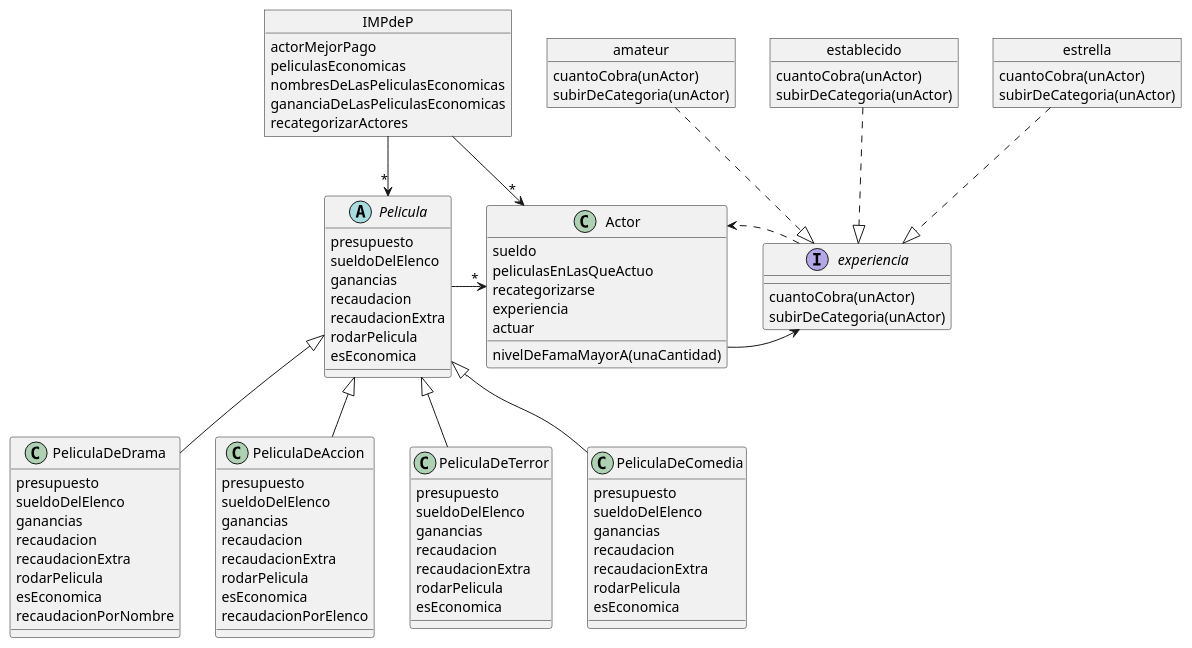
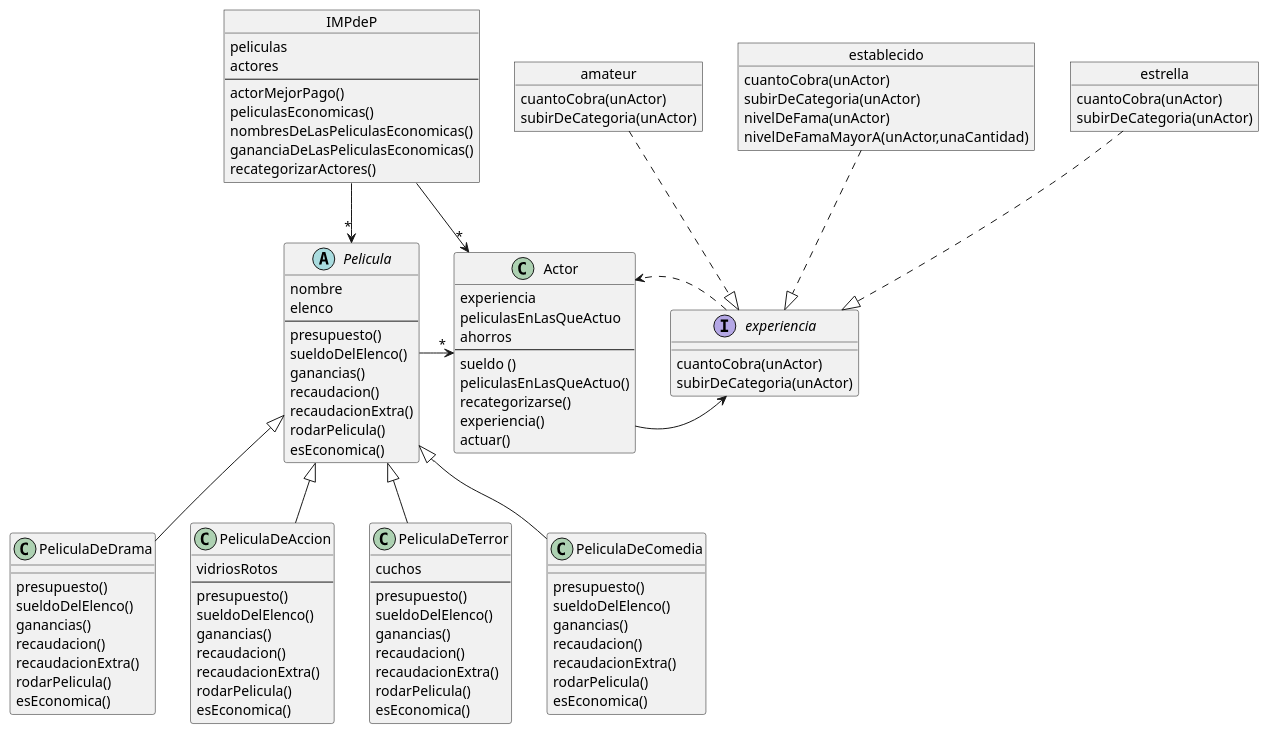
One commit to Tadeo-VC/PdP-ModelosResueltos changed the diagram in IMPdeP/DiagramaDeClases.plantuml. Above: the diagram before and after it, drawn with PlantUML. The commit also changed 3 other files, not shown here.

```diff
--- a/IMPdeP/DiagramaDeClases.plantuml
+++ b/IMPdeP/DiagramaDeClases.plantuml
@@ -1,108 +1,117 @@
 @startuml DiagramaDeClases
 
 abstract class Pelicula {
-    presupuesto
-    sueldoDelElenco
-    ganancias
-    recaudacion
-    recaudacionExtra
-    rodarPelicula
-    esEconomica
+    nombre
+    elenco
+    --
+    presupuesto()
+    sueldoDelElenco()
+    ganancias()
+    recaudacion()
+    recaudacionExtra()
+    rodarPelicula()
+    esEconomica()
 }
 
-class PeliculaDeDrama{
-    presupuesto
-    sueldoDelElenco
-    ganancias
-    recaudacion
-    recaudacionExtra
-    rodarPelicula
-    esEconomica
-    recaudacionPorNombre
+class PeliculaDeDrama extends Pelicula{
+    presupuesto()
+    sueldoDelElenco()
+    ganancias()
+    recaudacion()
+    recaudacionExtra()
+    rodarPelicula()
+    esEconomica()
 }
 
-class PeliculaDeAccion{
-    presupuesto
-    sueldoDelElenco
-    ganancias
-    recaudacion
-    recaudacionExtra
-    rodarPelicula
-    esEconomica
-    recaudacionPorElenco
+class PeliculaDeAccion extends Pelicula{
+    vidriosRotos
+    --
+    presupuesto()
+    sueldoDelElenco()
+    ganancias()
+    recaudacion()
+    recaudacionExtra()
+    rodarPelicula()
+    esEconomica()
 }
 
-class PeliculaDeTerror{
-    presupuesto
-    sueldoDelElenco
-    ganancias
-    recaudacion
-    recaudacionExtra
-    rodarPelicula
-    esEconomica
+class PeliculaDeTerror extends Pelicula{
+    cuchos
+    --
+    presupuesto()
+    sueldoDelElenco()
+    ganancias()
+    recaudacion()
+    recaudacionExtra()
+    rodarPelicula()
+    esEconomica()
 }
 
-class PeliculaDeComedia{
-    presupuesto
-    sueldoDelElenco
-    ganancias
-    recaudacion
-    recaudacionExtra
-    rodarPelicula
-    esEconomica
+class PeliculaDeComedia extends Pelicula{
+    presupuesto()
+    sueldoDelElenco()
+    ganancias()
+    recaudacion()
+    recaudacionExtra()
+    rodarPelicula()
+    esEconomica()
 }
 
 class Actor {
-    sueldo 
+    experiencia
     peliculasEnLasQueActuo
-    nivelDeFamaMayorA(unaCantidad)
-    recategorizarse
-    experiencia
-    actuar
+    ahorros
+    --
+    sueldo ()
+    peliculasEnLasQueActuo()
+    recategorizarse()
+    experiencia()
+    actuar()
 }
 
 interface experiencia {
     cuantoCobra(unActor)
     subirDeCategoria(unActor)
 }
 
 object amateur {
     cuantoCobra(unActor)
     subirDeCategoria(unActor)
 }
 
 object establecido {
     cuantoCobra(unActor)
     subirDeCategoria(unActor)
+    nivelDeFama(unActor)
+    nivelDeFamaMayorA(unActor,unaCantidad)
 }
 
 object estrella {
     cuantoCobra(unActor)
     subirDeCategoria(unActor)
 }
 
 object IMPdeP {
-    actorMejorPago
-    peliculasEconomicas
-    nombresDeLasPeliculasEconomicas
-    gananciaDeLasPeliculasEconomicas
-    recategorizarActores
+    peliculas 
+    actores
+    --
+    actorMejorPago()
+    peliculasEconomicas()
+    nombresDeLasPeliculasEconomicas()
+    gananciaDeLasPeliculasEconomicas()
+    recategorizarActores()
 }
 
 Pelicula -r->"*" Actor 
-PeliculaDeDrama -u-|> Pelicula
-PeliculaDeAccion -u-|> Pelicula
-PeliculaDeTerror -u-|> Pelicula
-PeliculaDeComedia -u-|> Pelicula
 
 Actor -r-> experiencia
 amateur .d.|> experiencia
 establecido .d.|> experiencia
 estrella .d.|> experiencia
 
 experiencia ..> Actor
 
 IMPdeP -->"*" Actor
 IMPdeP -->"*" Pelicula 
 
 @enduml 
```
